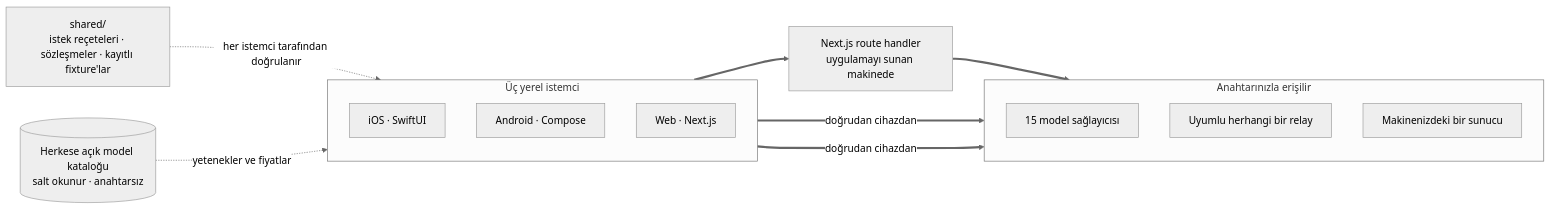
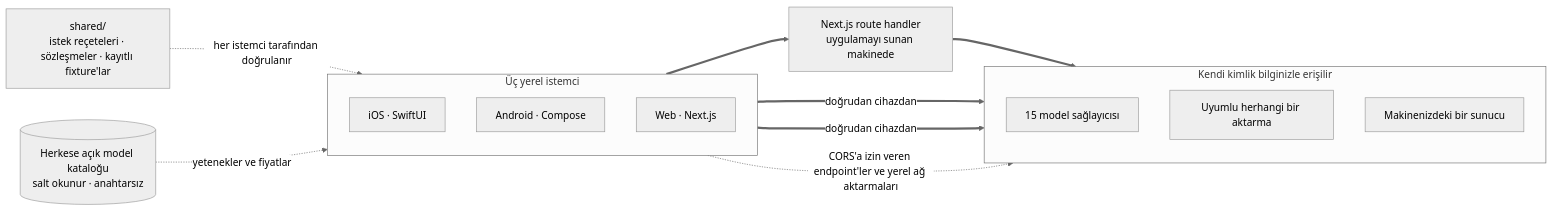
The diagram in readme_i18n/tr/README.md (oriveo/oriveo), drawn with Mermaid (neutral theme) before and after one commit. The commit also changed other lines of this file and 89 other files, not shown here.

````diff
--- a/readme_i18n/tr/README.md
+++ b/readme_i18n/tr/README.md
@@ -182,26 +193,27 @@
 ```mermaid
 flowchart LR
     shared["shared/<br/>istek reçeteleri · sözleşmeler · kayıtlı fixture'lar"]
 
     subgraph clients ["Üç yerel istemci"]
         direction TB
         ios["iOS · SwiftUI"]
         android["Android · Compose"]
         web["Web · Next.js"]
     end
 
     route["Next.js route handler<br/>uygulamayı sunan makinede"]
 
-    subgraph upstream ["Anahtarınızla erişilir"]
+    subgraph upstream ["Kendi kimlik bilginizle erişilir"]
         official["15 model sağlayıcısı"]
-        relay["Uyumlu herhangi bir relay"]
+        relay["Uyumlu herhangi bir aktarma"]
         local["Makinenizdeki bir sunucu"]
     end
 
     catalog[("Herkese açık model kataloğu<br/>salt okunur · anahtarsız")]
 
     shared -.->|"her istemci tarafından doğrulanır"| clients
     catalog -.->|"yetenekler ve fiyatlar"| clients
     ios & android ==>|"doğrudan cihazdan"| upstream
     web ==> route ==> upstream
+    web -.->|"CORS'a izin veren endpoint'ler ve yerel ağ aktarmaları"| upstream
 ```
````
